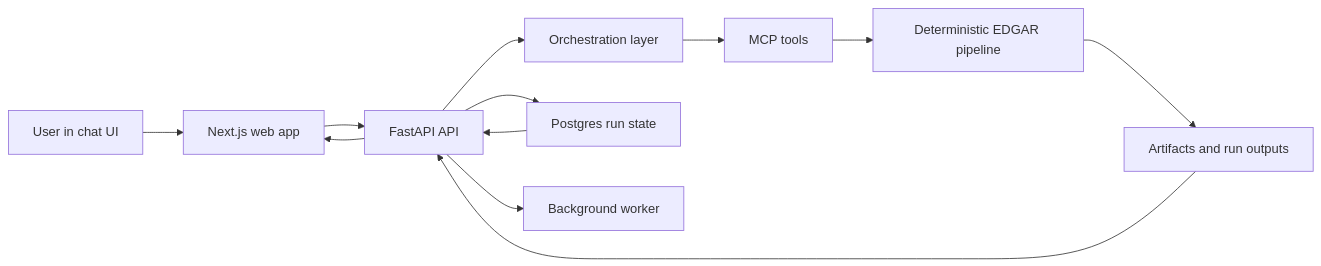
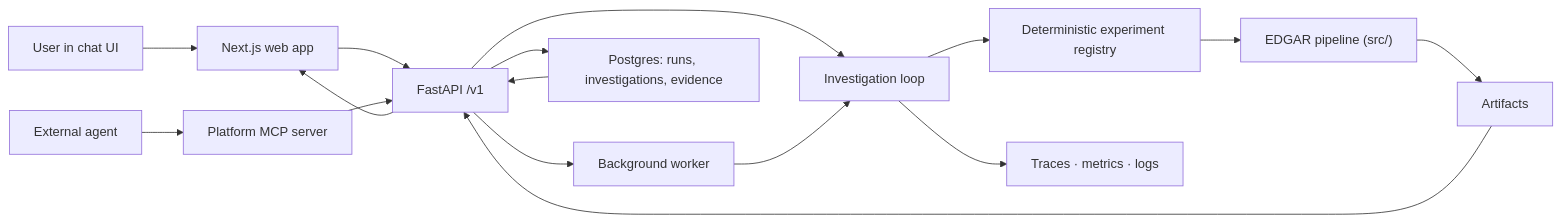
The diagram in README.md (Padraigobrien08/agentic-data-science-system), drawn with Mermaid before and after one commit. The commit also changed other lines of this file and 63 other files, not shown here.

First line of the commit message:
Make the agent observable, adaptive over EDGAR, and reachable over MCP (#55)

````diff
--- a/README.md
+++ b/README.md
@@ -71,14 +120,18 @@
 ```mermaid
 flowchart LR
     U["User in chat UI"] --> W["Next.js web app"]
-    W --> API["FastAPI API"]
-    API --> ORCH["Orchestration layer"]
-    ORCH --> MCP["MCP tools"]
-    MCP --> PIPE["Deterministic EDGAR pipeline"]
-    PIPE --> ART["Artifacts and run outputs"]
-    API --> DB["Postgres run state"]
+    AG["External agent"] --> PMCP["Platform MCP server"]
+    W --> API["FastAPI /v1"]
+    PMCP --> API
     API --> WORK["Background worker"]
+    API --> LOOP["Investigation loop"]
+    WORK --> LOOP
+    LOOP --> REG["Deterministic experiment registry"]
+    REG --> PIPE["EDGAR pipeline (src/)"]
+    LOOP --> OBS["Traces · metrics · logs"]
+    PIPE --> ART["Artifacts"]
     ART --> API
+    API --> DB["Postgres: runs, investigations, evidence"]
     DB --> API
     API --> W
 ```
````
